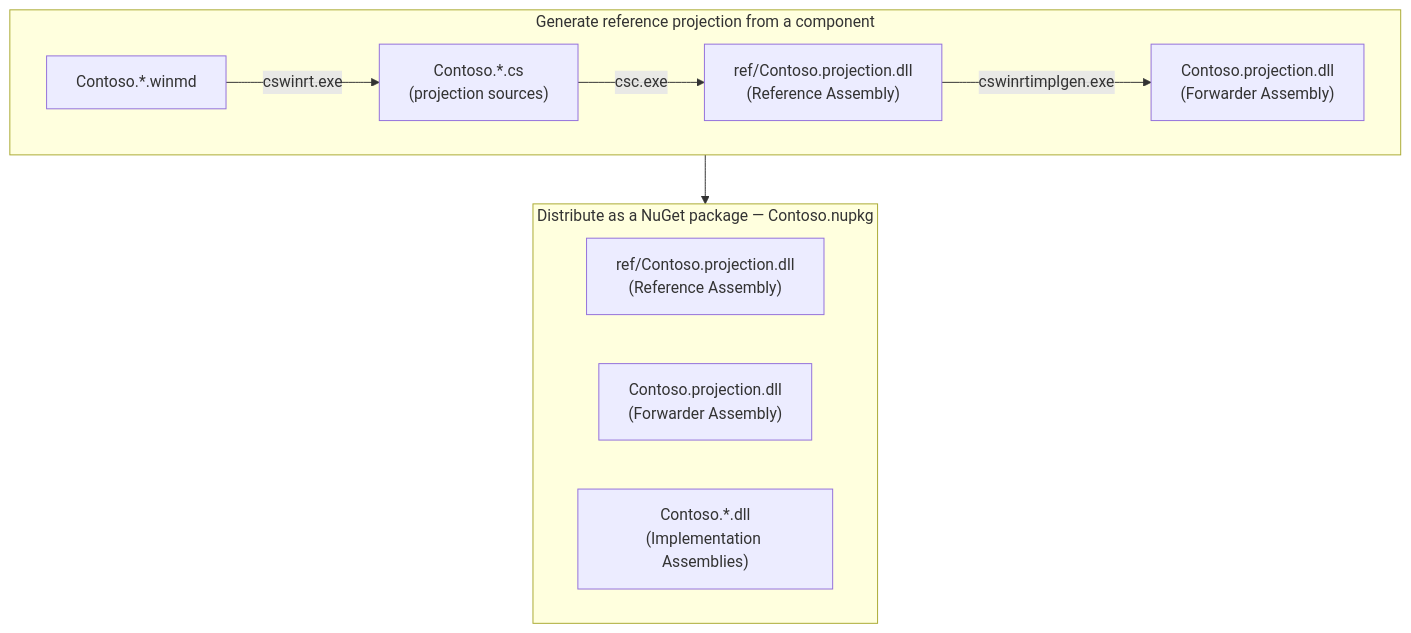
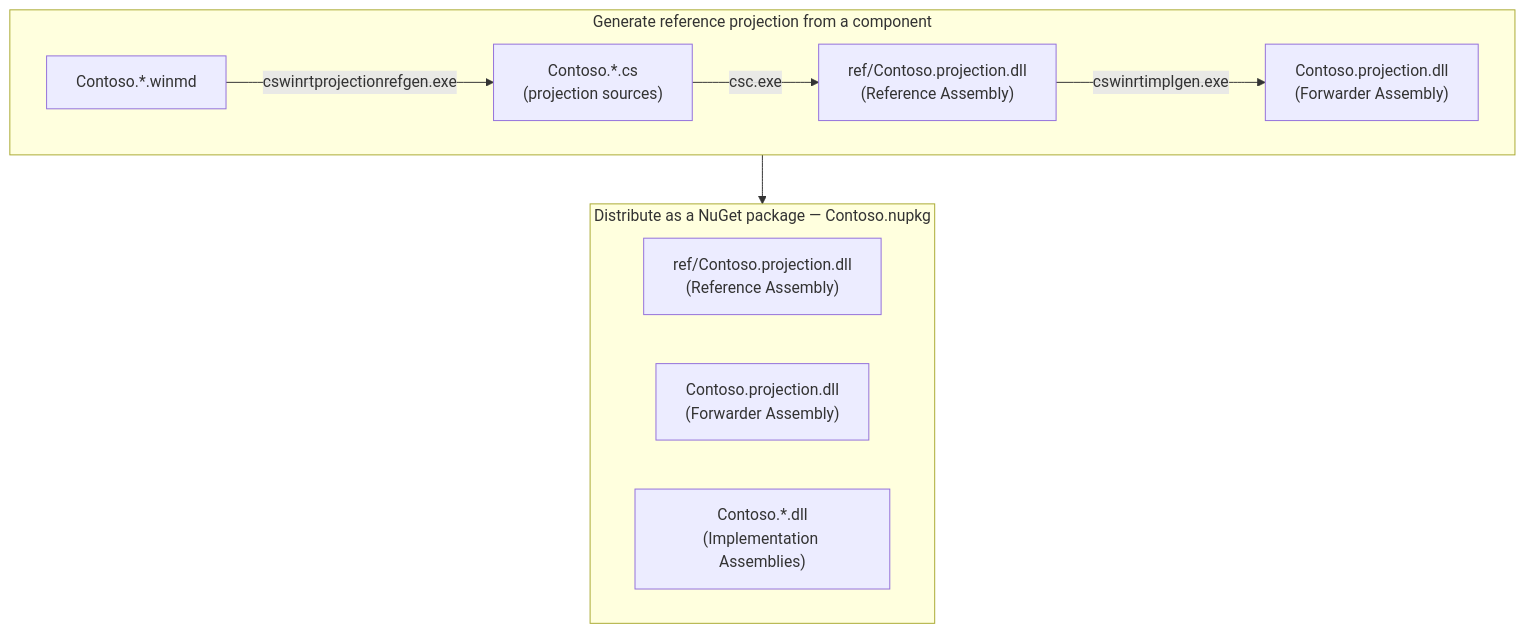
One commit to microsoft/CsWinRT changed the first of 2 diagrams in docs/usage.md. Above: the diagram before and after it, drawn with Mermaid. The commit also changed other lines of this file and 6 other files, not shown here.

````diff
--- a/docs/usage.md
+++ b/docs/usage.md
@@ -61,17 +61,17 @@
 ```mermaid
 flowchart TD
     subgraph build ["Generate reference projection from a component"]
         direction LR
-        WINMD["Contoso.*.winmd"] -->|cswinrt.exe| CS["Contoso.*.cs\n(projection sources)"]
+        WINMD["Contoso.*.winmd"] -->|cswinrtprojectionrefgen.exe| CS["Contoso.*.cs\n(projection sources)"]
         CS -->|csc.exe| REF["ref/Contoso.projection.dll\n(Reference Assembly)"]
         REF -->|cswinrtimplgen.exe| FWD["Contoso.projection.dll\n(Forwarder Assembly)"]
     end
 
     subgraph nupkg ["Distribute as a NuGet package — Contoso.nupkg"]
         R["ref/Contoso.projection.dll\n(Reference Assembly)"]
         F["Contoso.projection.dll\n(Forwarder Assembly)"]
         I["Contoso.*.dll\n(Implementation Assemblies)"]
     end
 
     build --> nupkg
 ```
````
